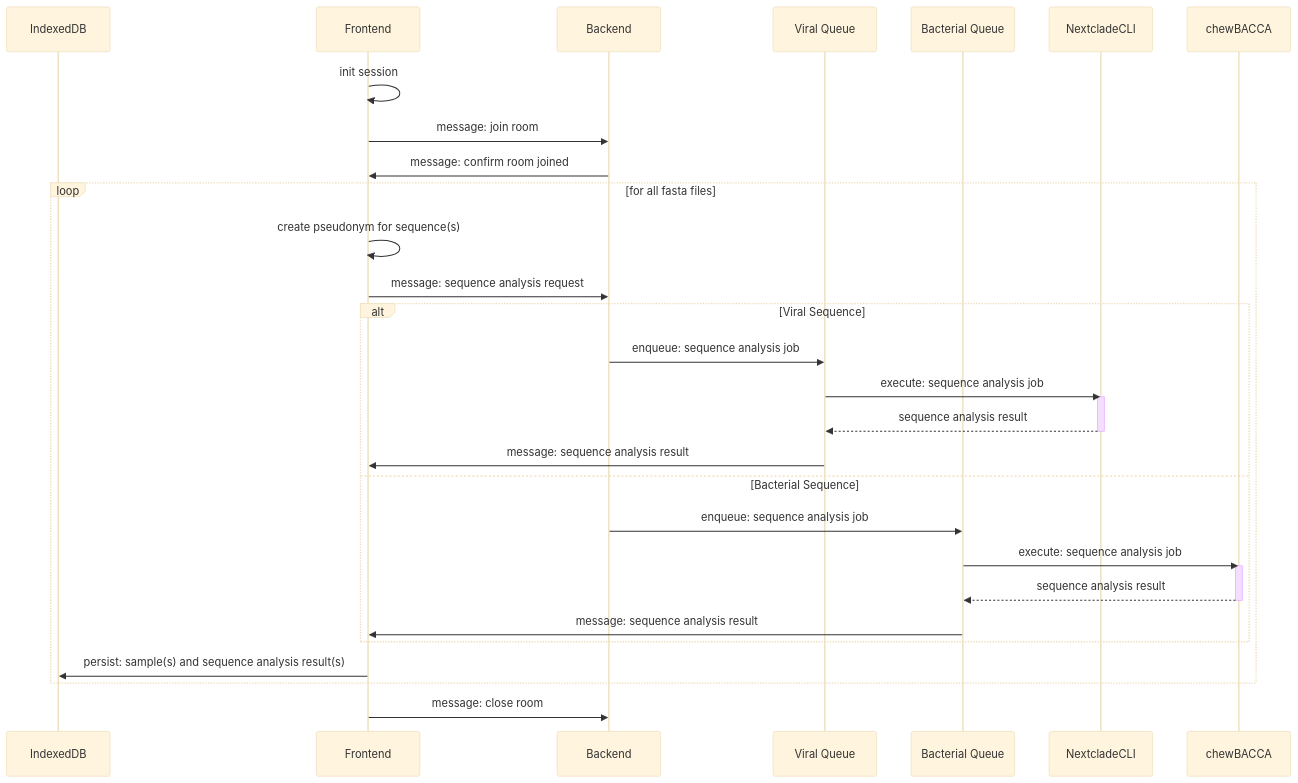
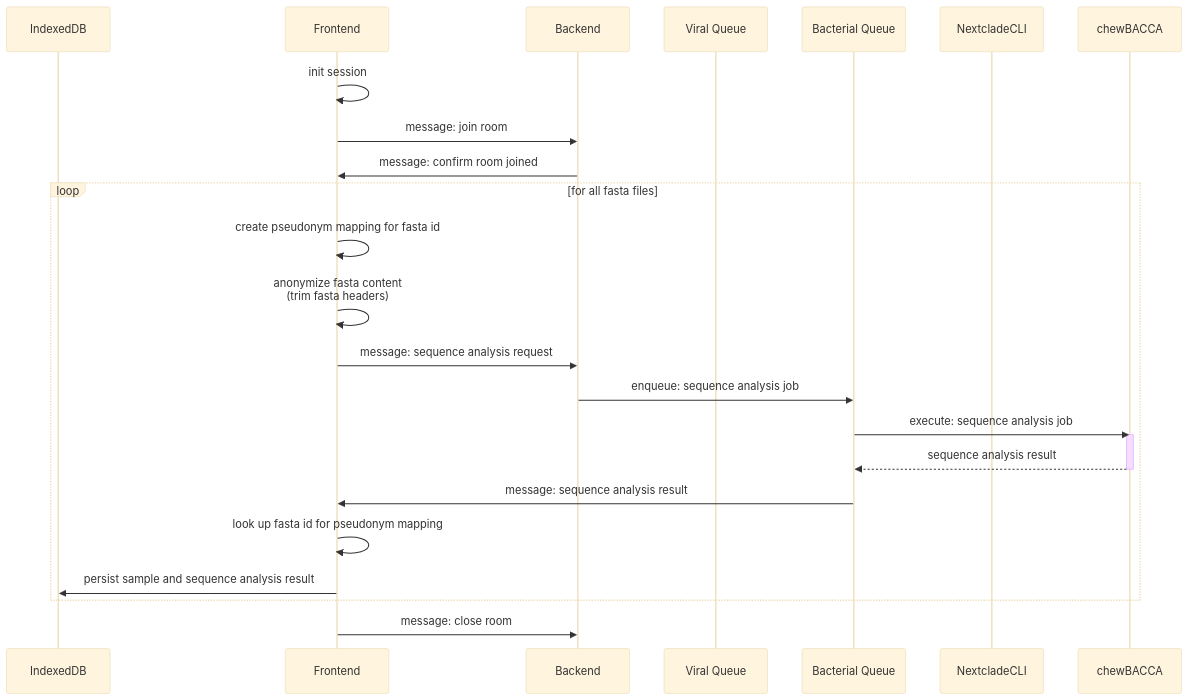
Before and after one commit to DiltheyLab/GENTRAIN: the second of 14 diagrams in documentation/docs/developers/genomic_operations.md, drawn with Mermaid (base theme). The commit also changed other lines of this file, not shown here.

Commit message:
docs: split bacterial and viral sequence diagram

````diff
--- a/documentation/docs/developers/genomic_operations.md
+++ b/documentation/docs/developers/genomic_operations.md
@@ -92,34 +106,27 @@
 ```mermaid
 sequenceDiagram
     participant IndexedDB
     participant Frontend
     participant Backend
     participant Viral Queue
     participant Bacterial Queue
     participant NextcladeCLI
     participant chewBACCA
     Frontend->>Frontend: init session
     Frontend->>Backend: message: join room
     Backend->>Frontend: message: confirm room joined
     loop for all fasta files
-        Frontend->>Frontend: create pseudonym for sequence(s)
+        Frontend->>Frontend: create pseudonym mapping for fasta id
+        Frontend->>Frontend: anonymize fasta content<br/>(trim fasta headers)
         Frontend->>Backend: message: sequence analysis request
-        alt Viral Sequence
-            Backend->>Viral Queue: enqueue: sequence analysis job
-            Viral Queue->>NextcladeCLI: execute: sequence analysis job
-            activate NextcladeCLI
-            NextcladeCLI-->>Viral Queue: sequence analysis result
-            deactivate NextcladeCLI
-            Viral Queue->>Frontend: message: sequence analysis result
-        else Bacterial Sequence
-            Backend->>Bacterial Queue: enqueue: sequence analysis job
-            Bacterial Queue->>chewBACCA: execute: sequence analysis job
-            activate chewBACCA
-            chewBACCA-->>Bacterial Queue: sequence analysis result
-            deactivate chewBACCA
-            Bacterial Queue->>Frontend: message: sequence analysis result
-        end
-        Frontend->>IndexedDB: persist: sample(s) and sequence analysis result(s)
+        Backend->>Bacterial Queue: enqueue: sequence analysis job
+        Bacterial Queue->>chewBACCA: execute: sequence analysis job
+        activate chewBACCA
+        chewBACCA-->>Bacterial Queue: sequence analysis result
+        deactivate chewBACCA
+        Bacterial Queue->>Frontend: message: sequence analysis result
+        Frontend->>Frontend: look up fasta id for pseudonym mapping
+        Frontend->>IndexedDB: persist sample and sequence analysis result
     end
     Frontend->>Backend: message: close room
 ```
````
